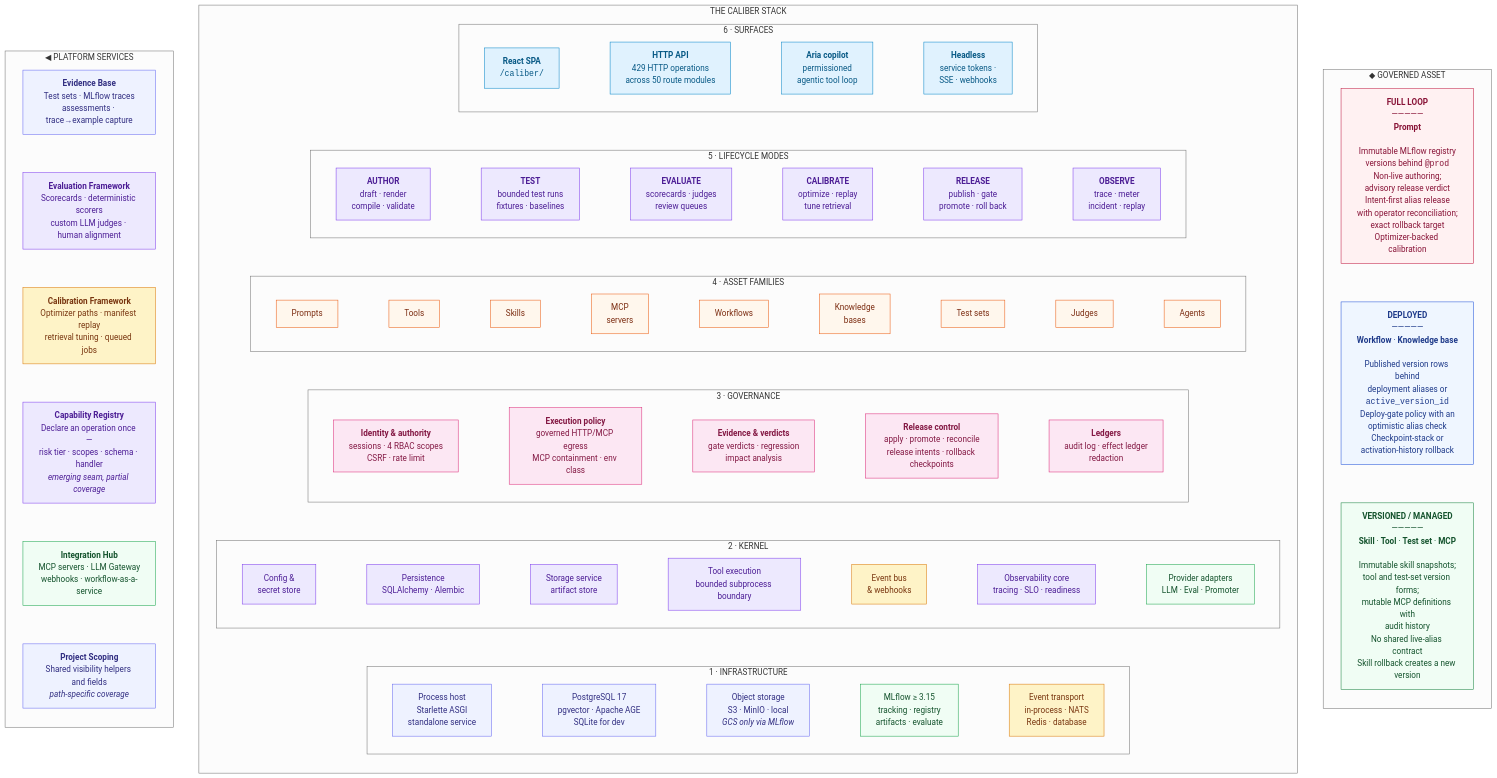
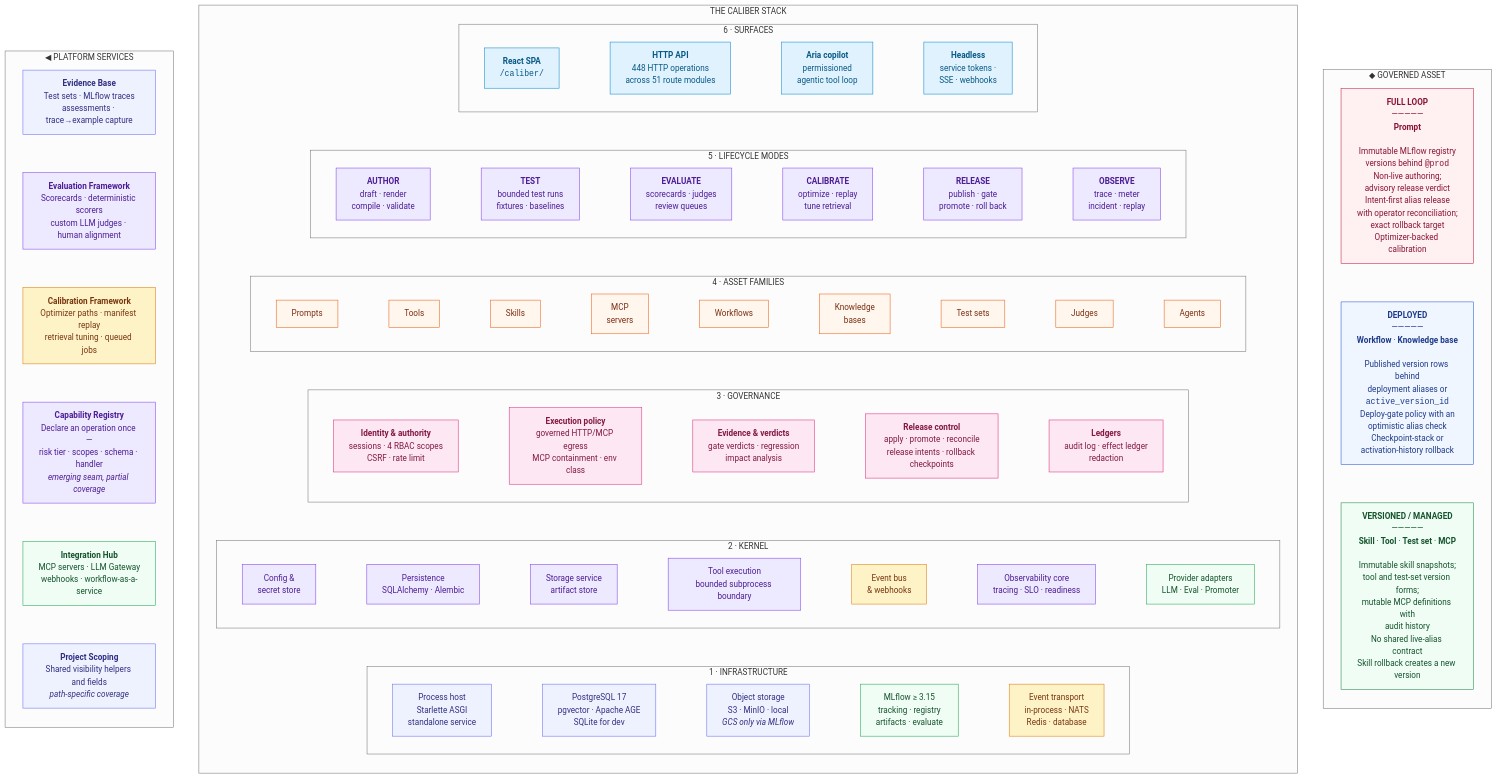
The first of 8 diagrams in ARCHITECTURE.md (rrahimi-uci/caliber-suite), drawn with Mermaid (neutral theme) before and after one commit. The commit also changed 26 other files, not shown here.

```diff
--- a/ARCHITECTURE.md
+++ b/ARCHITECTURE.md
@@ -105,7 +105,7 @@
     subgraph L6["6 · SURFACES"]
       direction LR
       s1["<b>React SPA</b><br/><code>/caliber/</code>"]:::ui
-      s2["<b>HTTP API</b><br/>429 HTTP operations<br/>across 50 route modules"]:::ui
+      s2["<b>HTTP API</b><br/>448 HTTP operations<br/>across 51 route modules"]:::ui
       s3["<b>Aria copilot</b><br/>permissioned<br/>agentic tool loop"]:::ui
       s4["<b>Headless</b><br/>service tokens ·<br/>SSE · webhooks"]:::ui
       s1 --- s2 --- s3 --- s4
```
